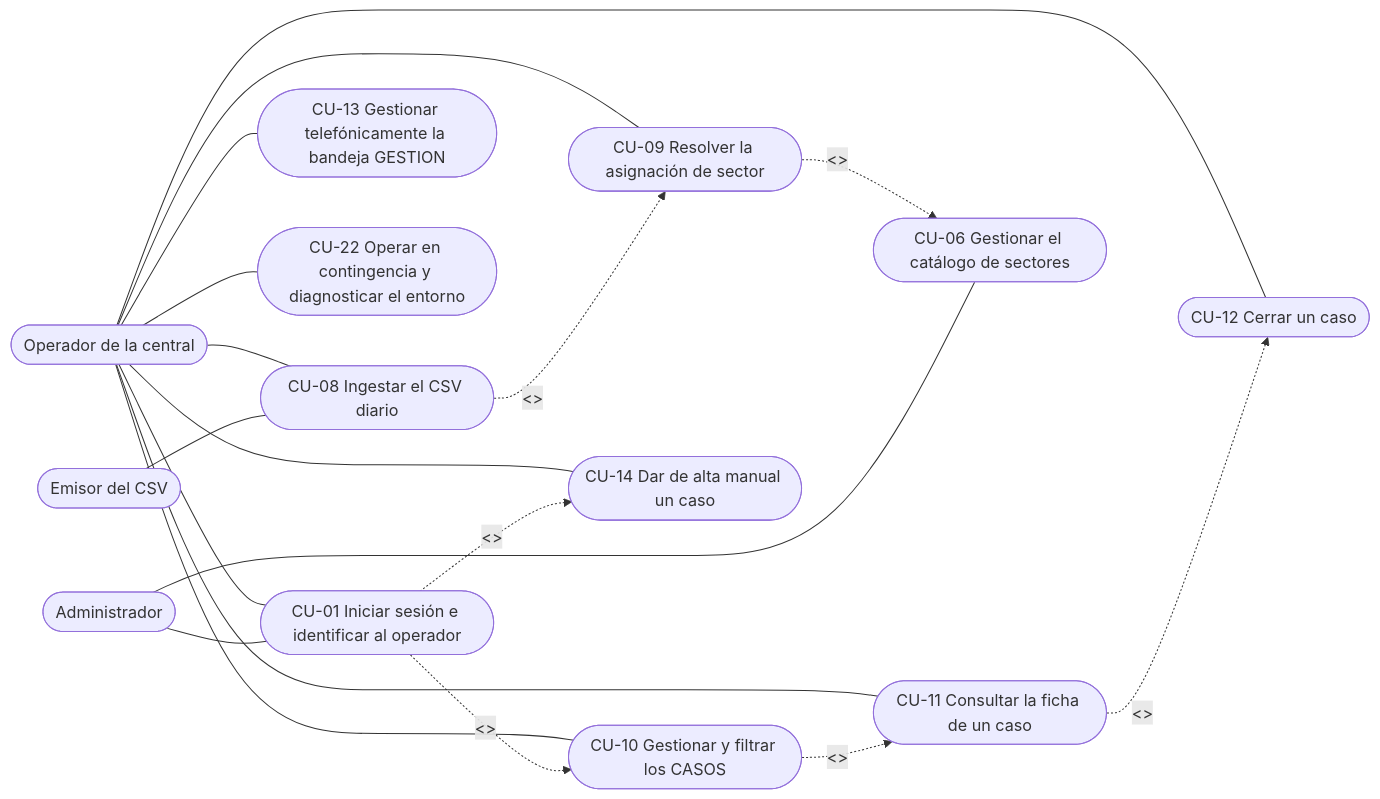
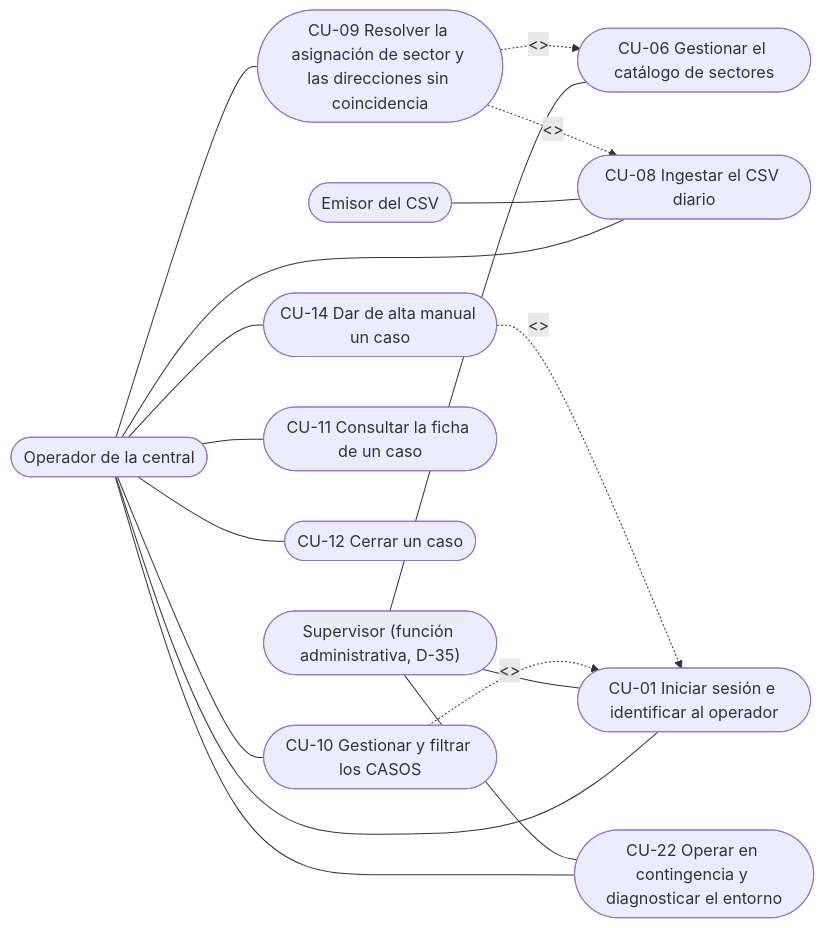
Before and after one commit to anlucorporations/GGTO: the second of 8 diagrams in RepoTecnico/casos_uso/diagramas.md, drawn with Mermaid. The commit also changed other lines of this file and 3 other files, not shown here.

````diff
--- a/RepoTecnico/casos_uso/diagramas.md
+++ b/RepoTecnico/casos_uso/diagramas.md
@@ -116,38 +120,35 @@
 ```mermaid
 flowchart LR
     OPE(["Operador de la central"])
-    ADM(["Administrador"])
+    SUP(["Supervisor (función administrativa, D-35)"])
     EMI(["Emisor del CSV"])
 
     CU01([CU-01 Iniciar sesión e identificar al operador])
     CU08([CU-08 Ingestar el CSV diario])
-    CU09([CU-09 Resolver la asignación de sector])
+    CU09([CU-09 Resolver la asignación de sector y las direcciones sin coincidencia])
     CU10([CU-10 Gestionar y filtrar los CASOS])
     CU11([CU-11 Consultar la ficha de un caso])
     CU12([CU-12 Cerrar un caso])
-    CU13([CU-13 Gestionar telefónicamente la bandeja GESTION])
     CU14([CU-14 Dar de alta manual un caso])
     CU22([CU-22 Operar en contingencia y diagnosticar el entorno])
+    CU06([CU-06 Gestionar el catálogo de sectores])
 
     OPE --- CU01
     OPE --- CU08
     OPE --- CU09
     OPE --- CU10
     OPE --- CU11
     OPE --- CU12
-    OPE --- CU13
     OPE --- CU14
     OPE --- CU22
 
     EMI --- CU08
-    ADM --- CU01
+    SUP --- CU01
+    SUP --- CU22
+    SUP --- CU06
 
-    CU01 -.->|"<<include>>"| CU10
-    CU01 -.->|"<<include>>"| CU14
-    CU10 -.->|"<<include>>"| CU11
-    CU11 -.->|"<<extend>>"| CU12
-    CU08 -.->|"<<extend>>"| CU09
-    CU06_EXT([CU-06 Gestionar el catálogo de sectores])
-    CU09 -.->|"<<extend>>"| CU06_EXT
-    ADM --- CU06_EXT
+    CU10 -.->|"<<include>>"| CU01
+    CU14 -.->|"<<include>>"| CU01
+    CU09 -.->|"<<include>>"| CU06
+    CU09 -.->|"<<extend>>"| CU08
 ```
````
